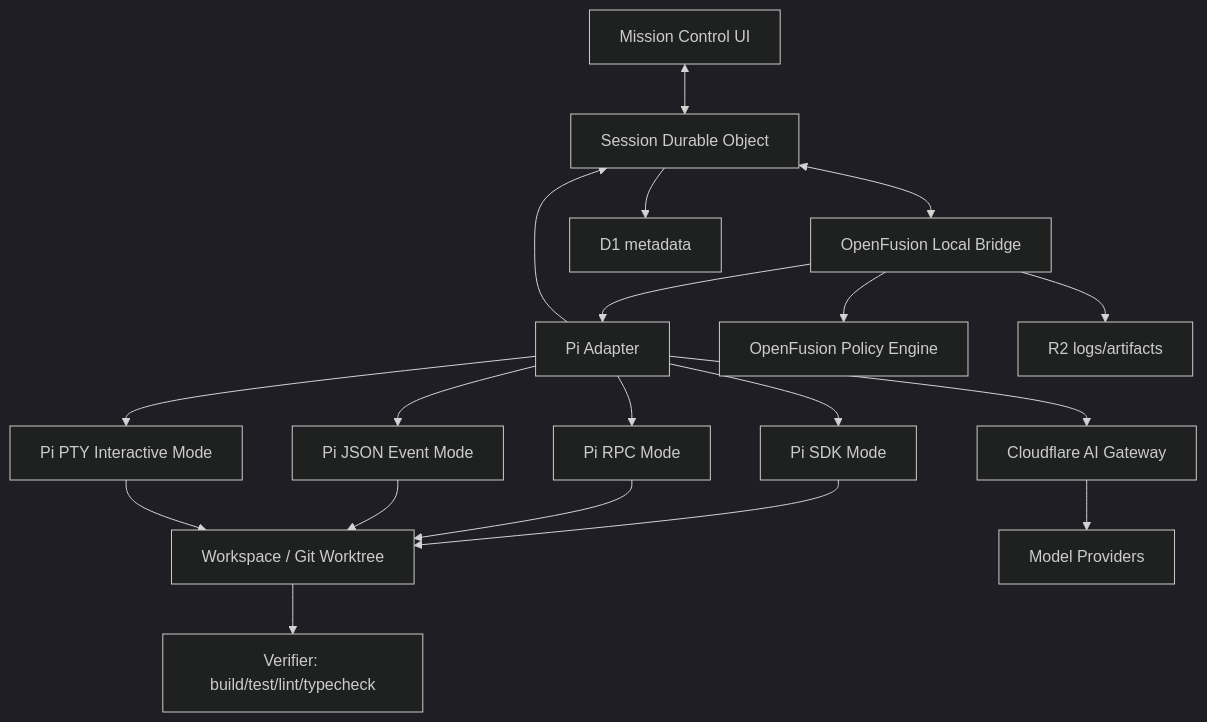
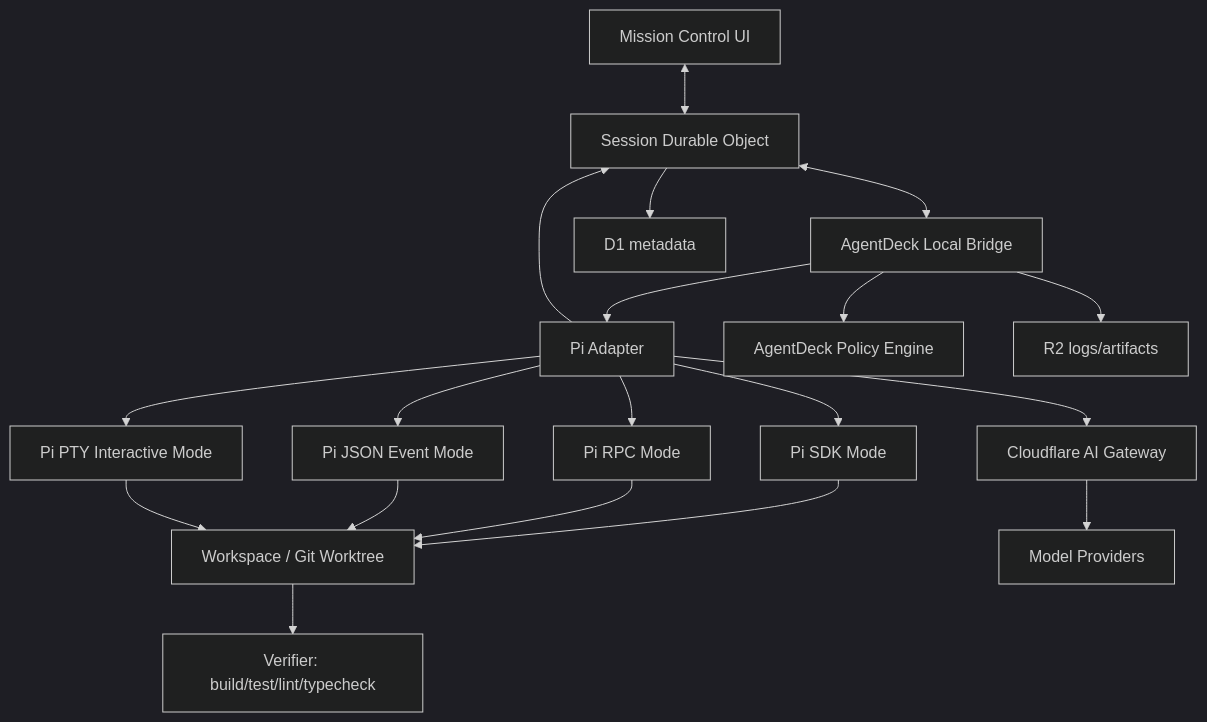
Before and after one commit to itsVijayCoder/agentDeck: the ninth of 13 diagrams in Docs/IMPLEMENTATION_GUIDE_WITH_PI.md, drawn with Mermaid (dark theme). The commit also changed other lines of this file and 86 other files, not shown here.

First line of the commit message:
refactor: rename project from openfusion to AgentDeck

````diff
--- a/Docs/IMPLEMENTATION_GUIDE_WITH_PI.md
+++ b/Docs/IMPLEMENTATION_GUIDE_WITH_PI.md
@@ -1303,37 +1303,37 @@
 ```mermaid
 flowchart TD
   UI[Mission Control UI]
   DO[Session Durable Object]
-  B[OpenFusion Local Bridge]
+  B[AgentDeck Local Bridge]
   PA[Pi Adapter]
   SDK[Pi SDK Mode]
   RPC[Pi RPC Mode]
   JSON[Pi JSON Event Mode]
   PTY[Pi PTY Interactive Mode]
-  Policy[OpenFusion Policy Engine]
+  Policy[AgentDeck Policy Engine]
   Repo[Workspace / Git Worktree]
   Verifier[Verifier: build/test/lint/typecheck]
   R2[R2 logs/artifacts]
   D1[D1 metadata]
   AIG[Cloudflare AI Gateway]
   Providers[Model Providers]
 
   UI <--> DO
   DO <--> B
   B --> Policy
   B --> PA
   PA --> SDK
   PA --> RPC
   PA --> JSON
   PA --> PTY
   SDK --> Repo
   RPC --> Repo
   JSON --> Repo
   PTY --> Repo
   Repo --> Verifier
   PA --> AIG
   AIG --> Providers
   PA --> DO
   DO --> D1
   B --> R2
 ```
````
